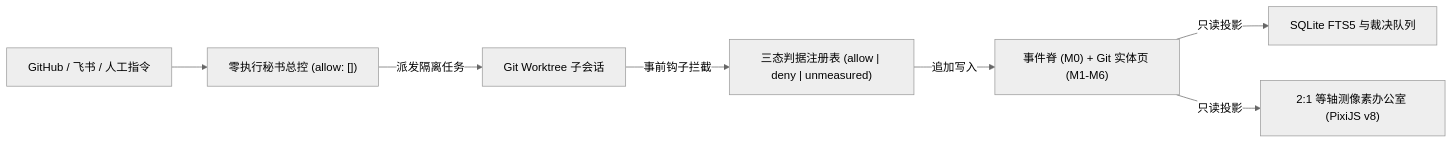
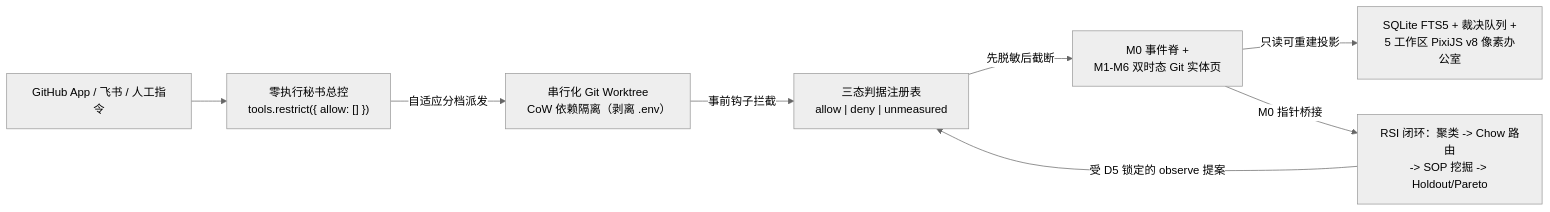
One commit to CovD831/dsh-secretary changed the diagram in README_ZH.md. Above: the diagram before and after it, drawn with Mermaid (neutral theme). The commit also changed other lines of this file and 1 other file, not shown here.

Commit message:
docs: 深度升级中英文 README 呈现治理门禁、RSI 演进与隔离架构优势

````diff
--- a/README_ZH.md
+++ b/README_ZH.md
@@ -43,9 +51,10 @@
 ```mermaid
 flowchart LR
-  Sources["GitHub / 飞书 / 人工指令"] --> Secretary["零执行秘书总控 (allow: [])"]
-  Secretary -->|"派发隔离任务"| Worktree["Git Worktree 子会话"]
-  Worktree -->|"事前钩子拦截"| Gates["三态判据注册表 (allow | deny | unmeasured)"]
-  Gates -->|"追加写入"| Spine["事件脊 (M0) + Git 实体页 (M1-M6)"]
-  Spine -->|"只读投影"| SQLite["SQLite FTS5 与裁决队列"]
-  Spine -->|"只读投影"| Office["2:1 等轴测像素办公室 (PixiJS v8)"]
+  Sources["GitHub App / 飞书 / 人工指令"] --> Secretary["零执行秘书总控<br/>tools.restrict({ allow: [] })"]
+  Secretary -->|"自适应分档派发"| Worktree["串行化 Git Worktree<br/>CoW 依赖隔离（剥离 .env）"]
+  Worktree -->|"事前钩子拦截"| Gates["三态判据注册表<br/>allow | deny | unmeasured"]
+  Gates -->|"先脱敏后截断"| Spine["M0 事件脊 +<br/>M1-M6 双时态 Git 实体页"]
+  Spine -->|"只读可重建投影"| Projections["SQLite FTS5 + 裁决队列 +<br/>5 工作区 PixiJS v8 像素办公室"]
+  Spine -->|"M0 指针桥接"| RSI["RSI 闭环：聚类 -> Chow 路由<br/>-> SOP 挖掘 -> Holdout/Pareto"]
+  RSI -->|"受 D5 锁定的 observe 提案"| Gates
 ```
````
